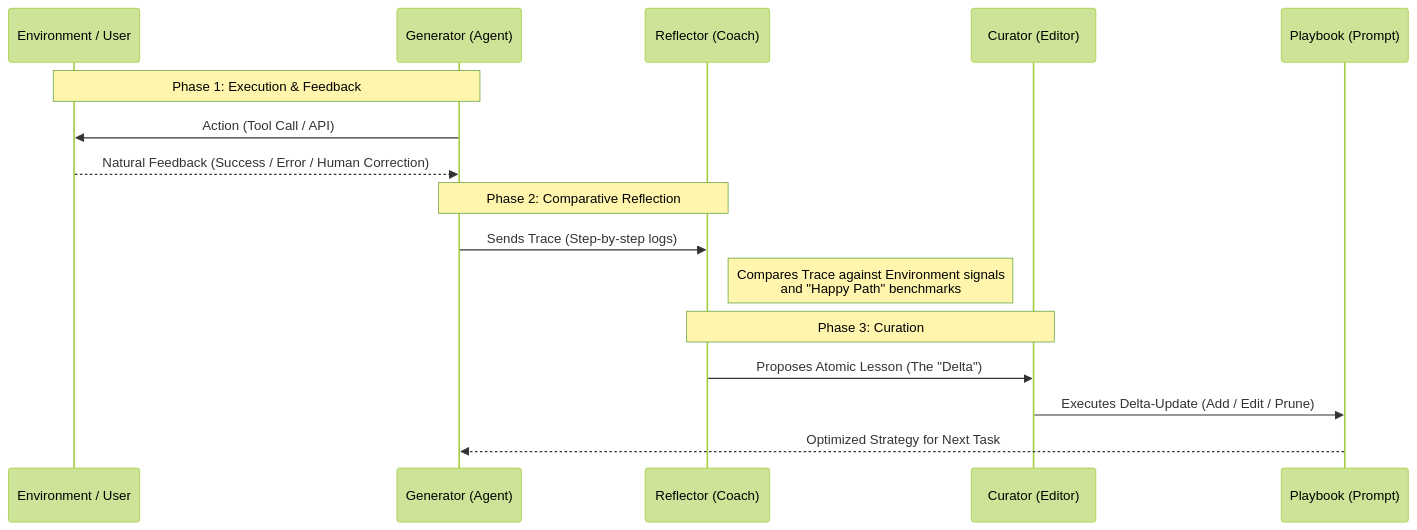
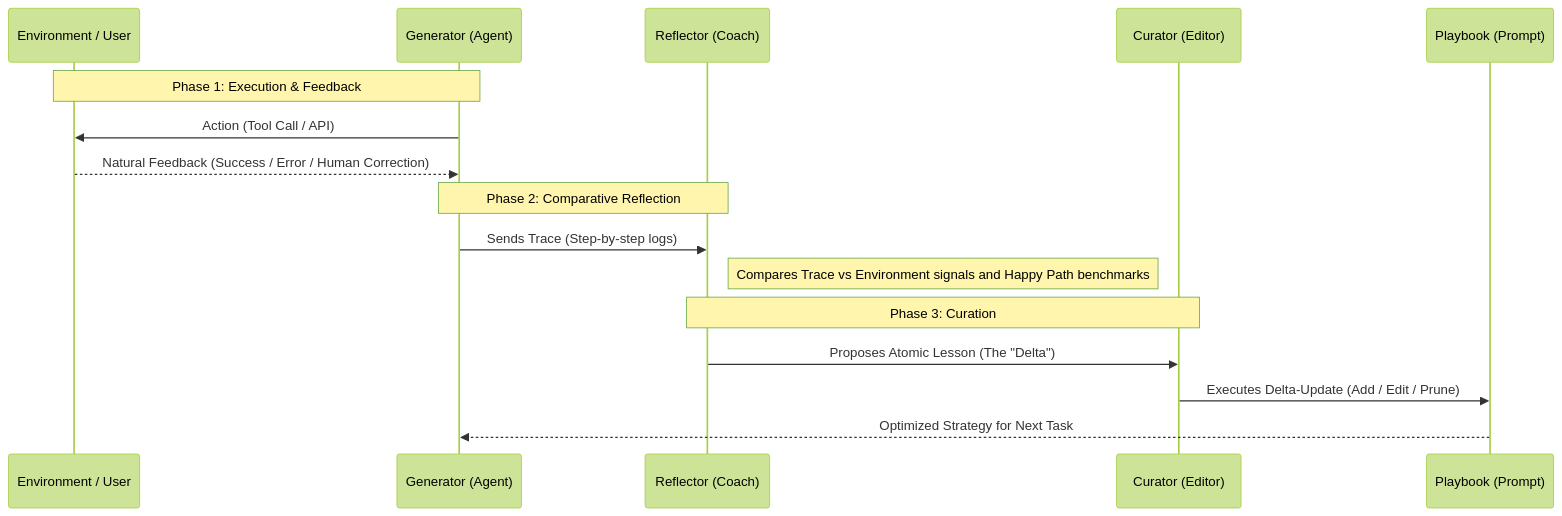
One commit to wwucla/wwucla.github.io changed the diagram in _posts/2026-05-09-evolving-agent.md. Above: the diagram before and after it, drawn with Mermaid (forest theme). The commit also changed 1 other file, not shown here.

Commit message:
fix: resolve mermaid sequenceDiagram rendering conflict with highlight.js (#16)
hljs.highlightAll() was HTML-escaping mermaid code blocks before
mermaid.run() had a chance to parse them. Switch to manual per-element
highlighting that skips .language-mermaid blocks.

Also remove <br/> from Note text in evolving-agent diagram — plain text
is safer and renders consistently across mermaid versions.

````diff
--- a/_posts/2026-05-09-evolving-agent.md
+++ b/_posts/2026-05-09-evolving-agent.md
@@ -42,21 +42,21 @@
 ```mermaid
 sequenceDiagram
     participant E as Environment / User
     participant G as Generator (Agent)
     participant R as Reflector (Coach)
     participant C as Curator (Editor)
     participant P as Playbook (Prompt)
 
     Note over G, E: Phase 1: Execution & Feedback
     G->>E: Action (Tool Call / API)
     E-->>G: Natural Feedback (Success / Error / Human Correction)
     
     Note over G, R: Phase 2: Comparative Reflection
     G->>R: Sends Trace (Step-by-step logs)
-    Note right of R: Compares Trace against Environment signals <br/>and "Happy Path" benchmarks
+    Note right of R: Compares Trace vs Environment signals and Happy Path benchmarks
     
     Note over R, C: Phase 3: Curation
     R->>C: Proposes Atomic Lesson (The "Delta")
     C->>P: Executes Delta-Update (Add / Edit / Prune)
     P-->>G: Optimized Strategy for Next Task
 ```
````
